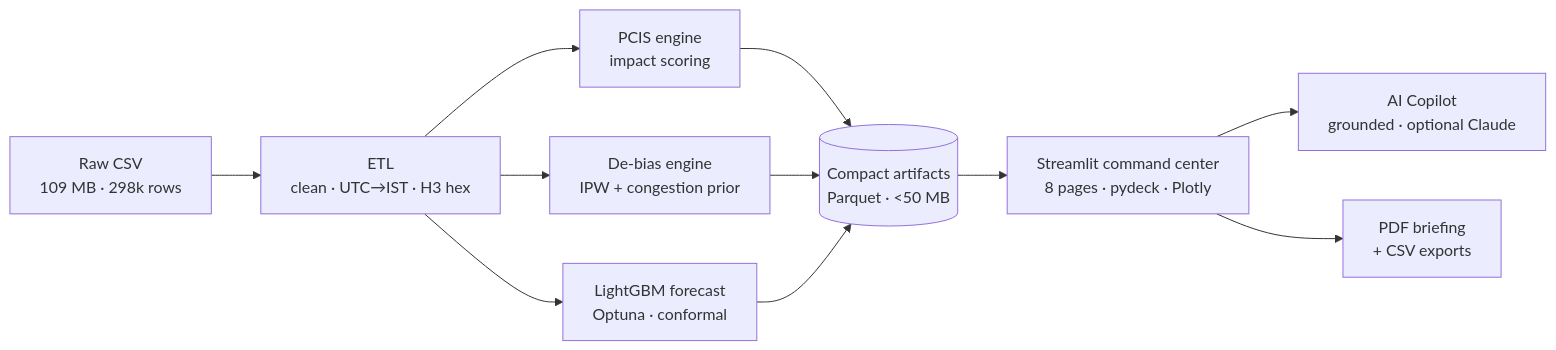
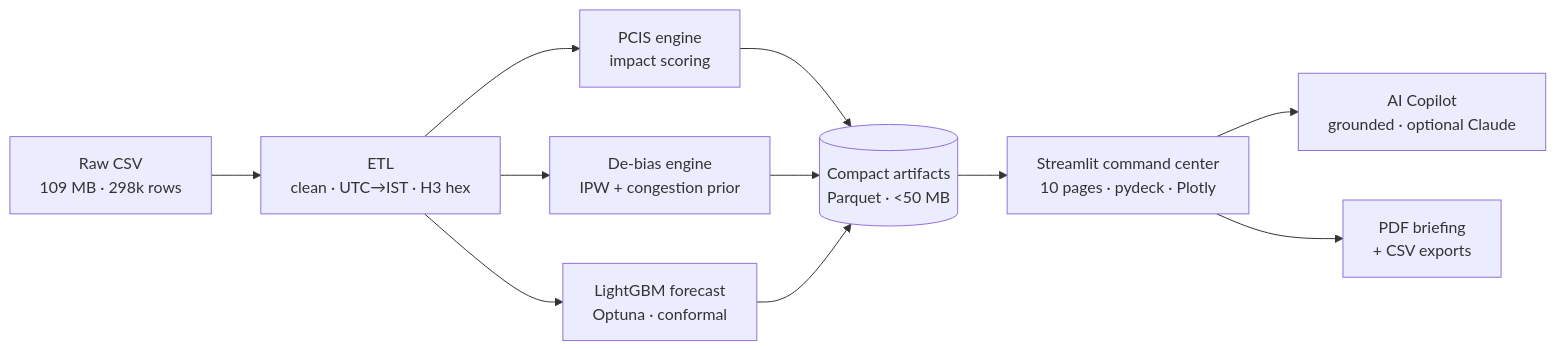
One commit to Susan5504R/ParkSight changed the diagram in README.md. Above: the diagram before and after it, drawn with Mermaid. The commit also changed other lines of this file and 1 other file, not shown here.

````diff
--- a/README.md
+++ b/README.md
@@ -156,13 +157,13 @@
 ```mermaid
 flowchart LR
     A[Raw CSV<br/>109 MB · 298k rows] --> B[ETL<br/>clean · UTC→IST · H3 hex]
     B --> C[PCIS engine<br/>impact scoring]
     B --> D[De-bias engine<br/>IPW + congestion prior]
     B --> E[LightGBM forecast<br/>Optuna · conformal]
     C --> F[(Compact artifacts<br/>Parquet · &lt;50 MB)]
     D --> F
     E --> F
-    F --> G[Streamlit command center<br/>8 pages · pydeck · Plotly]
+    F --> G[Streamlit command center<br/>10 pages · pydeck · Plotly]
     G --> H[AI Copilot<br/>grounded · optional Claude]
     G --> I[PDF briefing<br/>+ CSV exports]
 ```
````
